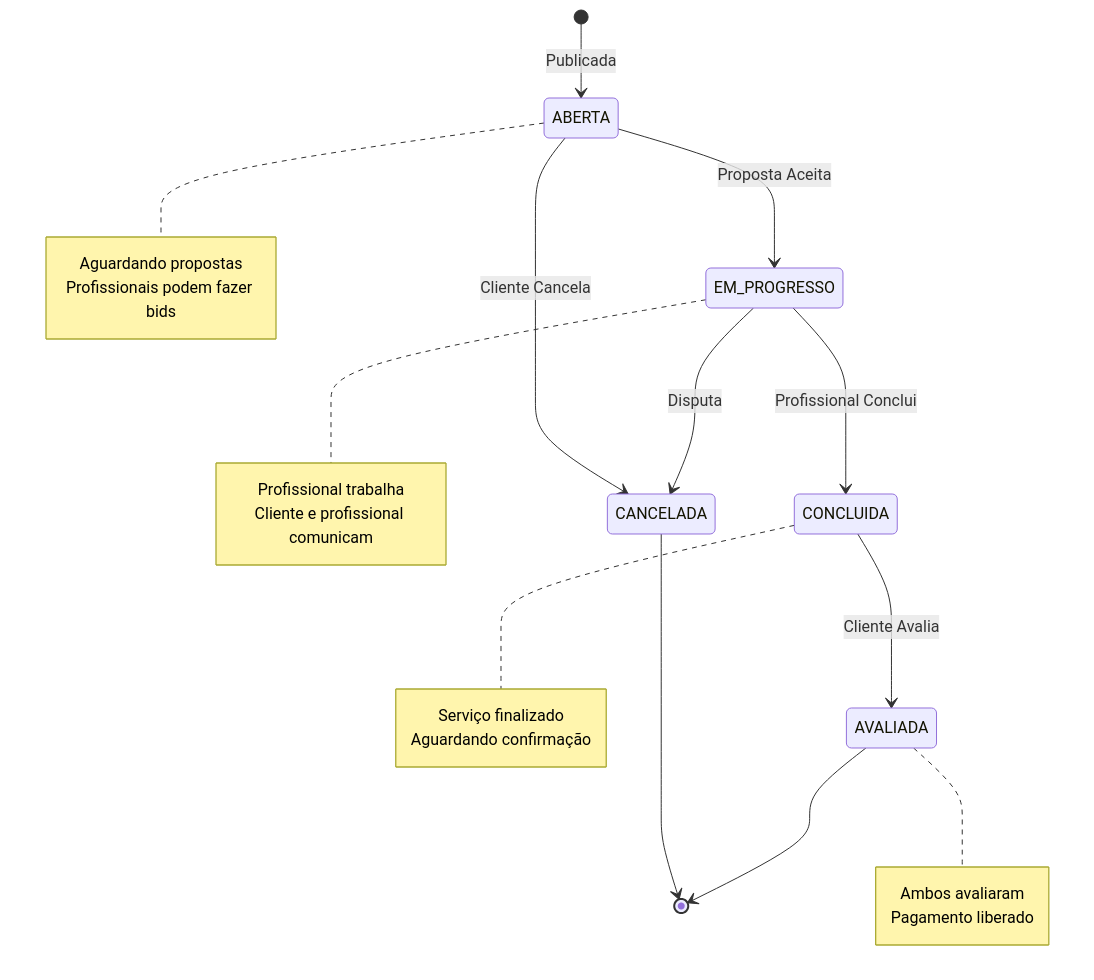
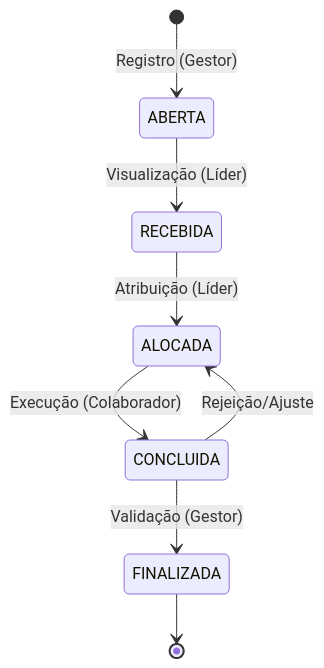
One commit to Kayque-Freitas/Chaplin-TCC changed the fourth of 4 diagrams in static/docs/DIAGRAMAS_CHAPLIN.md. Above: the diagram before and after it, drawn with Mermaid. The commit also changed other lines of this file and 20 other files, not shown here.

````diff
--- a/static/docs/DIAGRAMAS_CHAPLIN.md
+++ b/static/docs/DIAGRAMAS_CHAPLIN.md
@@ -411,35 +98,10 @@
 ```mermaid
 stateDiagram-v2
-    [*] --> ABERTA: Publicada
-    
-    ABERTA --> EM_PROGRESSO: Proposta Aceita
-    ABERTA --> CANCELADA: Cliente Cancela
-    
-    EM_PROGRESSO --> CONCLUIDA: Profissional Conclui
-    EM_PROGRESSO --> CANCELADA: Disputa
-    
-    CONCLUIDA --> AVALIADA: Cliente Avalia
-    
-    CANCELADA --> [*]
-    AVALIADA --> [*]
-    
-    note right of ABERTA
-        Aguardando propostas
-        Profissionais podem fazer bids
-    end note
-    
-    note right of EM_PROGRESSO
-        Profissional trabalha
-        Cliente e profissional comunicam
-    end note
-    
-    note right of CONCLUIDA
-        Serviço finalizado
-        Aguardando confirmação
-    end note
-    
-    note right of AVALIADA
-        Ambos avaliaram
-        Pagamento liberado
-    end note
+    [*] --> ABERTA: Registro (Gestor)
+    ABERTA --> RECEBIDA: Visualização (Líder)
+    RECEBIDA --> ALOCADA: Atribuição (Líder)
+    ALOCADA --> CONCLUIDA: Execução (Colaborador)
+    CONCLUIDA --> FINALIZADA: Validação (Gestor)
+    CONCLUIDA --> ALOCADA: Rejeição/Ajuste
+    FINALIZADA --> [*]
 ```
````
